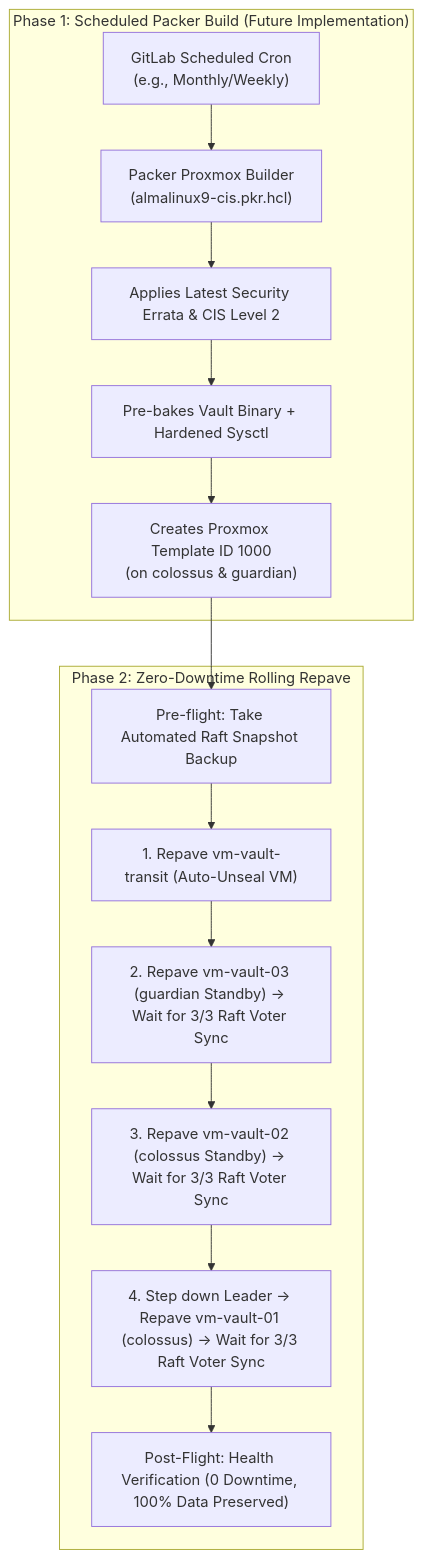
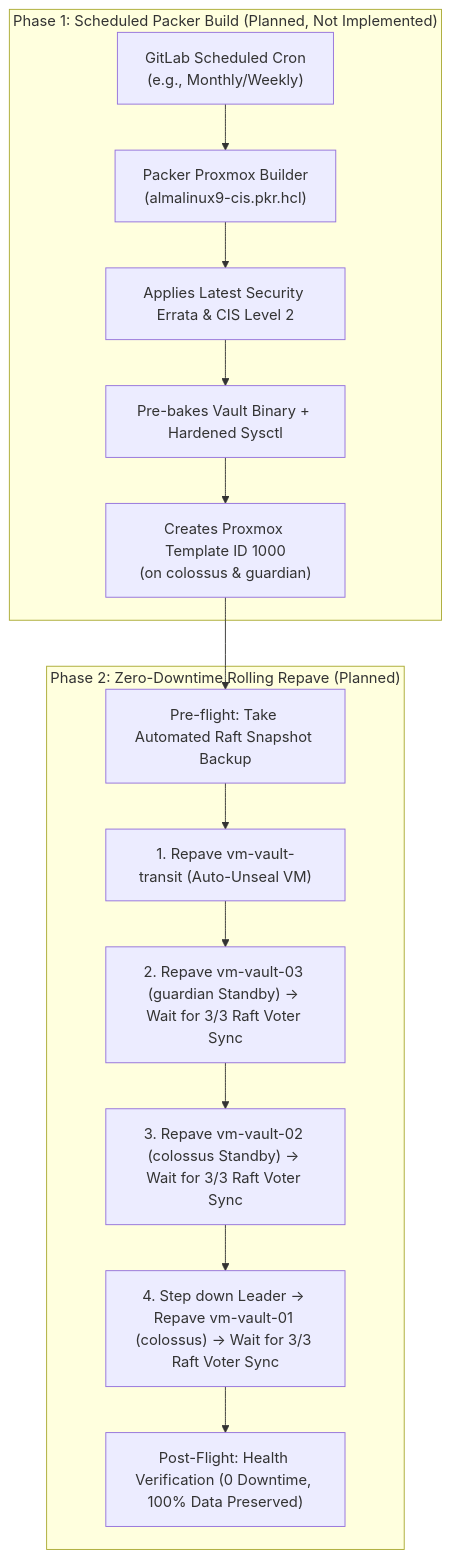
Before and after one commit to antonj-code/vault-bootstrap: the diagram in docs/packer-repaving.md, drawn with Mermaid. The commit also changed other lines of this file and 3 other files, not shown here.

````diff
--- a/docs/packer-repaving.md
+++ b/docs/packer-repaving.md
@@ -12,18 +14,18 @@
 ```mermaid
 flowchart TD
-    subgraph Phase_1["Phase 1: Scheduled Packer Build (Future Implementation)"]
+    subgraph Phase_1["Phase 1: Scheduled Packer Build (Planned, Not Implemented)"]
         A["GitLab Scheduled Cron<br/>(e.g., Monthly/Weekly)"] --> B["Packer Proxmox Builder<br/>(almalinux9-cis.pkr.hcl)"]
         B --> C["Applies Latest Security Errata & CIS Level 2"]
         C --> D["Pre-bakes Vault Binary + Hardened Sysctl"]
         D --> E["Creates Proxmox Template ID 1000<br/>(on colossus & guardian)"]
     end
 
-    subgraph Phase_2["Phase 2: Zero-Downtime Rolling Repave"]
+    subgraph Phase_2["Phase 2: Zero-Downtime Rolling Repave (Planned)"]
         E --> F["Pre-flight: Take Automated Raft Snapshot Backup"]
         F --> G["1. Repave vm-vault-transit (Auto-Unseal VM)"]
         G --> H["2. Repave vm-vault-03 (guardian Standby) -> Wait for 3/3 Raft Voter Sync"]
         H --> I["3. Repave vm-vault-02 (colossus Standby) -> Wait for 3/3 Raft Voter Sync"]
         I --> J["4. Step down Leader -> Repave vm-vault-01 (colossus) -> Wait for 3/3 Raft Voter Sync"]
         J --> K["Post-Flight: Health Verification (0 Downtime, 100% Data Preserved)"]
     end
 ```
````
